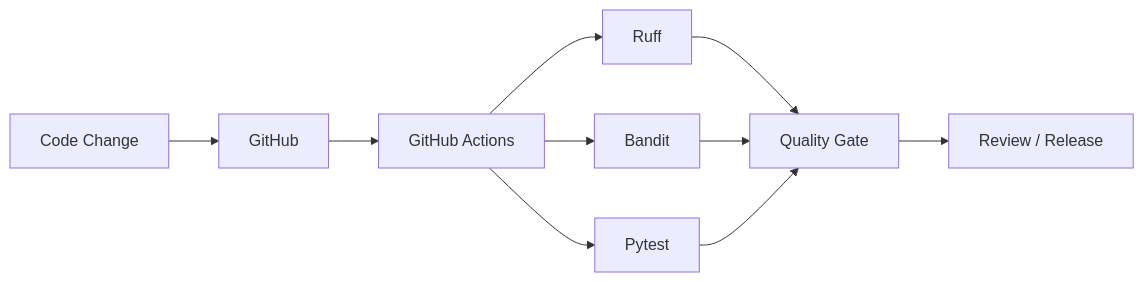
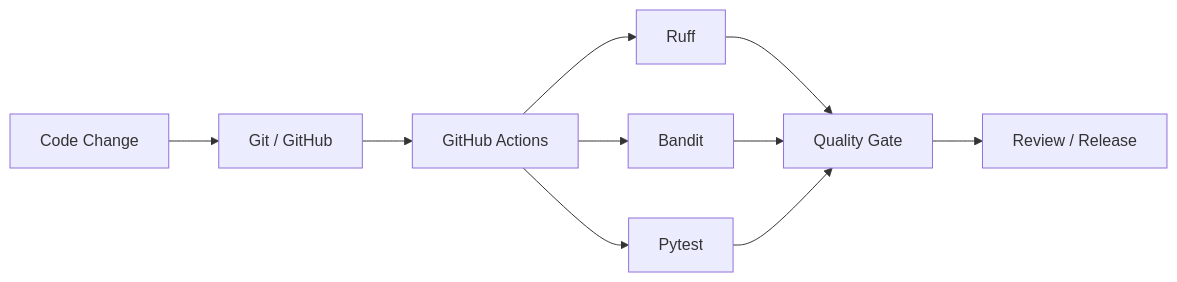
One commit to ruveeha33/NuclearShield changed the sixth of 6 diagrams in README.md. Above: the diagram before and after it, drawn with Mermaid. The commit also changed other lines of this file, not shown here.

````diff
--- a/README.md
+++ b/README.md
@@ -620,15 +687,18 @@
 ```mermaid
 flowchart LR
-    CODE["Code Change"] --> GIT["GitHub"]
+
+    CODE["Code Change"]
+        --> GIT["Git / GitHub"]
+
     GIT --> CI["GitHub Actions"]
 
     CI --> RUFF["Ruff"]
     CI --> BANDIT["Bandit"]
-    CI --> TEST["Pytest"]
+    CI --> PYTEST["Pytest"]
 
     RUFF --> GATE["Quality Gate"]
     BANDIT --> GATE
-    TEST --> GATE
+    PYTEST --> GATE
 
-    GATE --> RELEASE["Review / Release"]
+    GATE --> REVIEW["Review / Release"]
 ```
````
